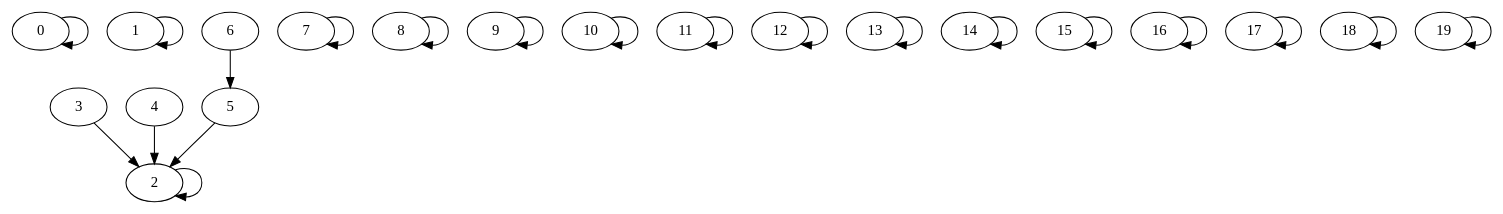
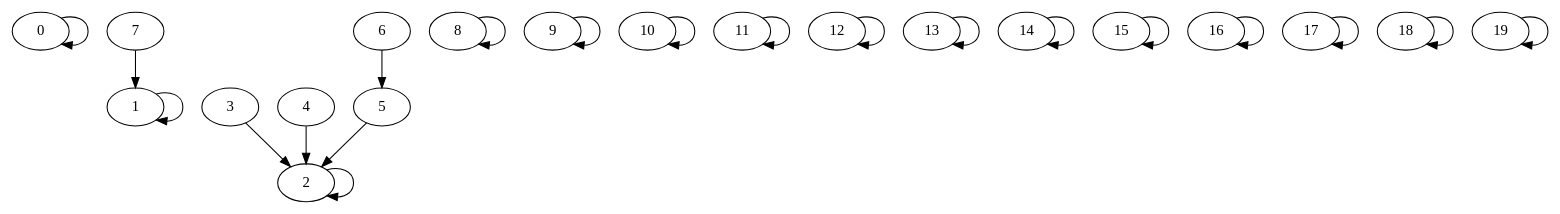
The diagram in partition/graph_partition.dot (corentinckf/projetZ1), drawn with Graphviz before and after one commit. The commit also changed 25 other files, not shown here.

```diff
--- a/partition/graph_partition.dot
+++ b/partition/graph_partition.dot
@@ -1,22 +1,22 @@
 digraph {
 	0 -> 0
 	1 -> 1
 	2 -> 2
 	3 -> 2
 	4 -> 2
 	5 -> 2
 	6 -> 5
-	7 -> 7
+	7 -> 1
 	8 -> 8
 	9 -> 9
 	10 -> 10
 	11 -> 11
 	12 -> 12
 	13 -> 13
 	14 -> 14
 	15 -> 15
 	16 -> 16
 	17 -> 17
 	18 -> 18
 	19 -> 19
 }
```
